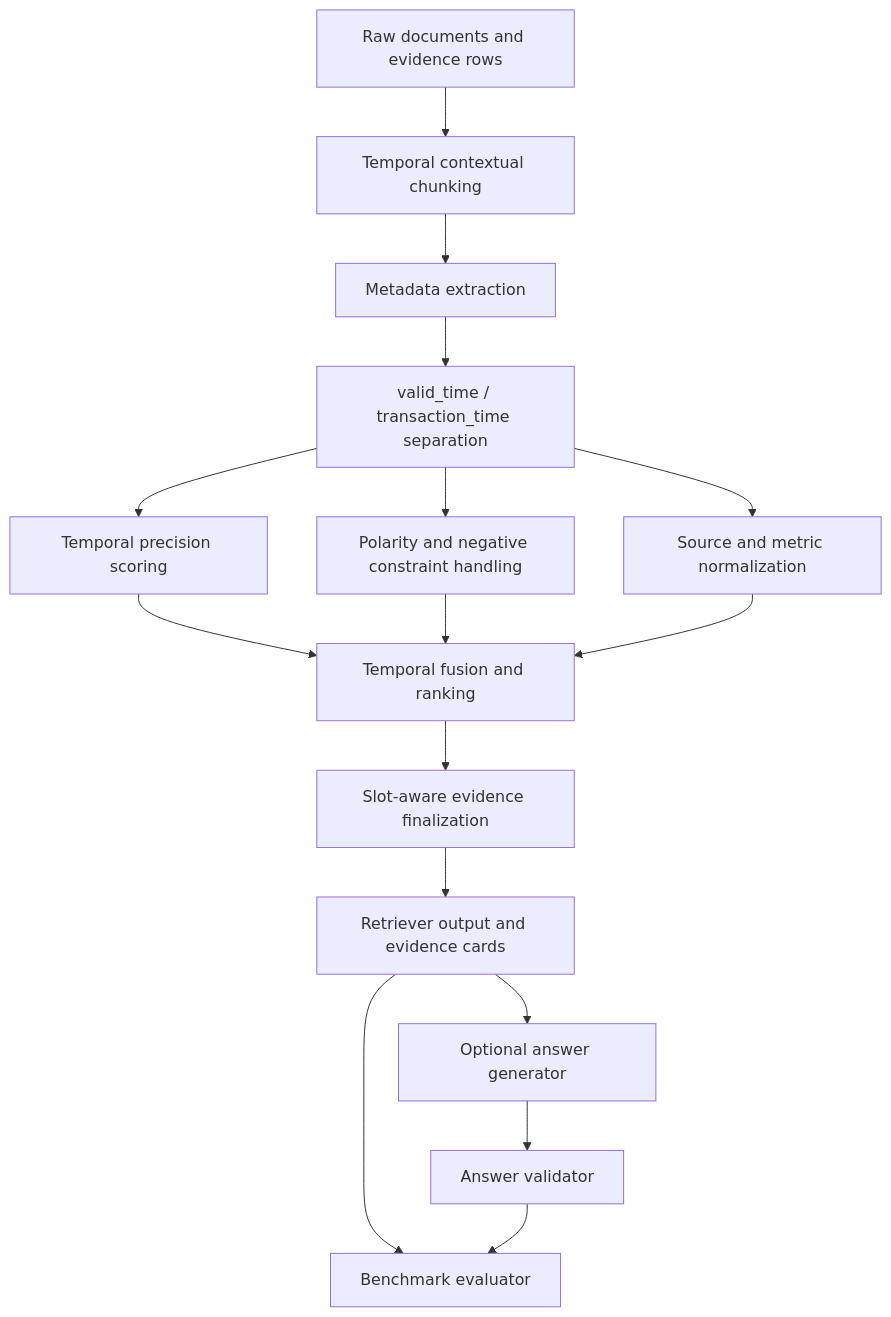
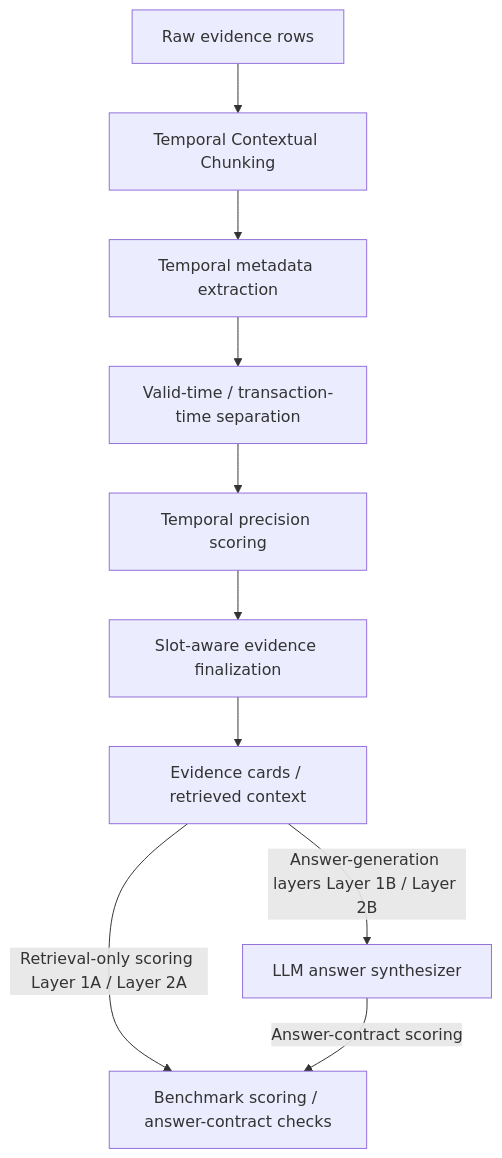
The diagram in README.md (SSKG2602/chronorag-acv), drawn with Mermaid before and after one commit. The commit also changed other lines of this file, not shown here.

Commit message:
readme edit

````diff
--- a/README.md
+++ b/README.md
@@ -37,18 +37,12 @@
 ```mermaid
 flowchart TD
-    A[Raw documents and evidence rows] --> B[Temporal contextual chunking]
-    B --> C[Metadata extraction]
-    C --> D[valid_time / transaction_time separation]
+    A[Raw evidence rows] --> B[Temporal Contextual Chunking]
+    B --> C[Temporal metadata extraction]
+    C --> D[Valid-time / transaction-time separation]
     D --> E[Temporal precision scoring]
-    D --> F[Polarity and negative constraint handling]
-    D --> G[Source and metric normalization]
-    E --> H[Temporal fusion and ranking]
-    F --> H
-    G --> H
-    H --> I[Slot-aware evidence finalization]
-    I --> J[Retriever output and evidence cards]
-    J --> K[Optional answer generator]
-    J --> L[Benchmark evaluator]
-    K --> M[Answer validator]
-    M --> L
+    E --> F[Slot-aware evidence finalization]
+    F --> G[Evidence cards / retrieved context]
+    G -->|Retrieval-only scoring Layer 1A / Layer 2A| H[Benchmark scoring / answer-contract checks]
+    G -->|Answer-generation layers Layer 1B / Layer 2B| I[LLM answer synthesizer]
+    I -->|Answer-contract scoring| H
 ```
````
